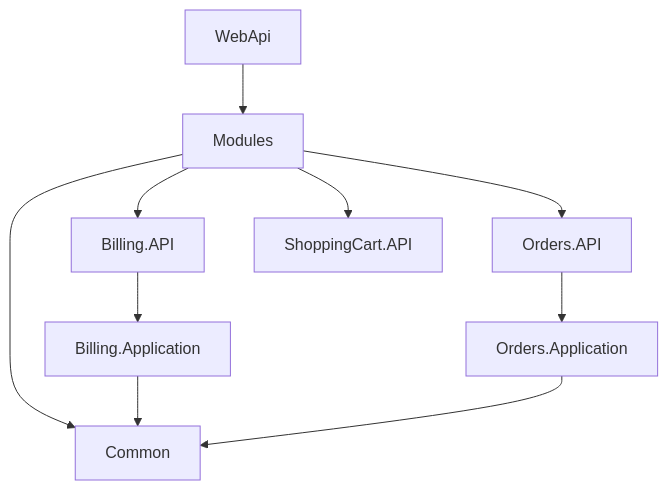
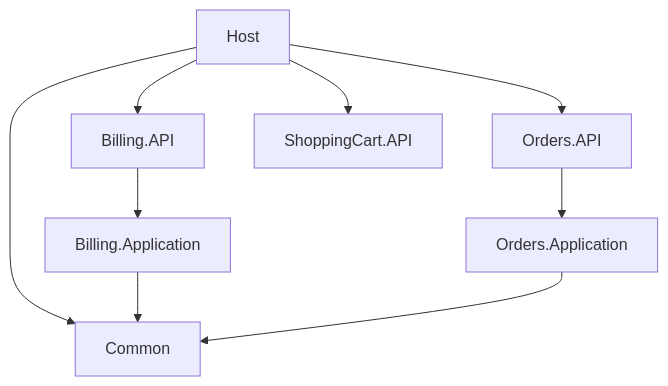
Before and after one commit to RobertoFreireDev/ECOMMERCE: the diagram in README.md, drawn with Mermaid. The commit also changed 7 other files, not shown here.

````diff
--- a/README.md
+++ b/README.md
@@ -1,29 +1,26 @@
 ```mermaid
 flowchart TD
-    WebApi["WebApi"]
-
-    Modules["Modules"]
+    Host["Host"]
 
     Common["Common"]
 
     BillingAPI["Billing.API"]
     BillingApp["Billing.Application"]
 
     OrdersAPI["Orders.API"]
     OrdersApp["Orders.Application"]
 
     CartAPI["ShoppingCart.API"]
 
-    WebApi --> Modules
-
-    Modules --> BillingAPI
-    Modules --> OrdersAPI
-    Modules --> CartAPI
-    Modules --> Common
+    Host --> BillingAPI
+    Host --> OrdersAPI
+    Host --> CartAPI
+    Host --> Common
 
     BillingAPI --> BillingApp
     OrdersAPI --> OrdersApp
 
     BillingApp --> Common
     OrdersApp --> Common
+
 ```
````
